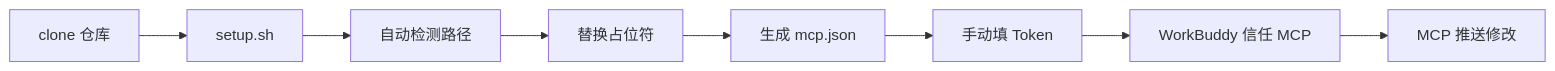
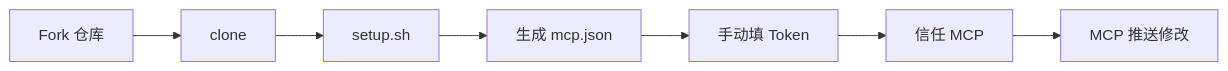
The diagram in README.md (hakuna-git/workbuddy-mcp-config), drawn with Mermaid before and after one commit. The commit also changed other lines of this file and 1 other file, not shown here.

Commit message:
docs: make fork the recommended path, replace hardcoded URLs with placeholders

````diff
--- a/README.md
+++ b/README.md
@@ -94,10 +87,9 @@
 ```mermaid
 graph LR
-    A[clone 仓库] --> B[setup.sh]
-    B --> C[自动检测路径]
-    C --> D[替换占位符]
-    D --> E[生成 mcp.json]
-    E --> F[手动填 Token]
-    F --> G[WorkBuddy 信任 MCP]
-    G --> H[MCP 推送修改]
+    A[Fork 仓库] --> B[clone]
+    B --> C[setup.sh]
+    C --> D[生成 mcp.json]
+    D --> E[手动填 Token]
+    E --> F[信任 MCP]
+    F --> G[MCP 推送修改]
 ```
````
